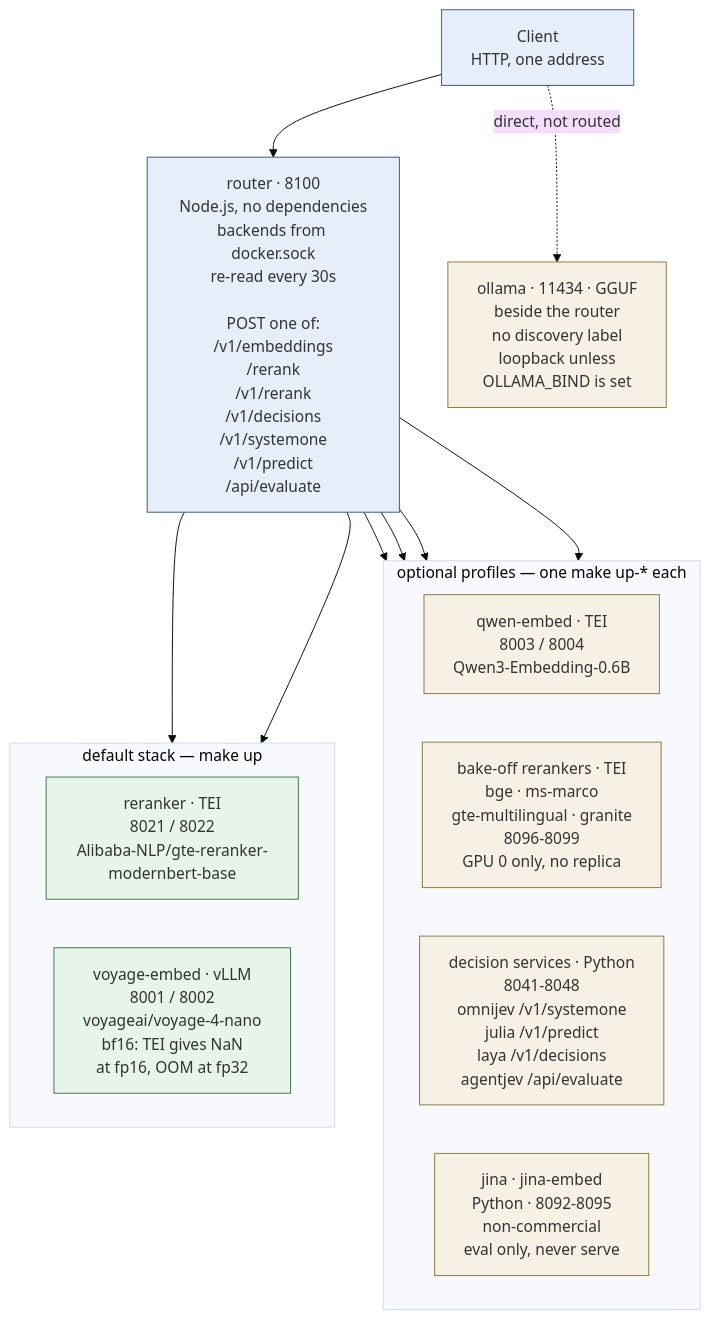
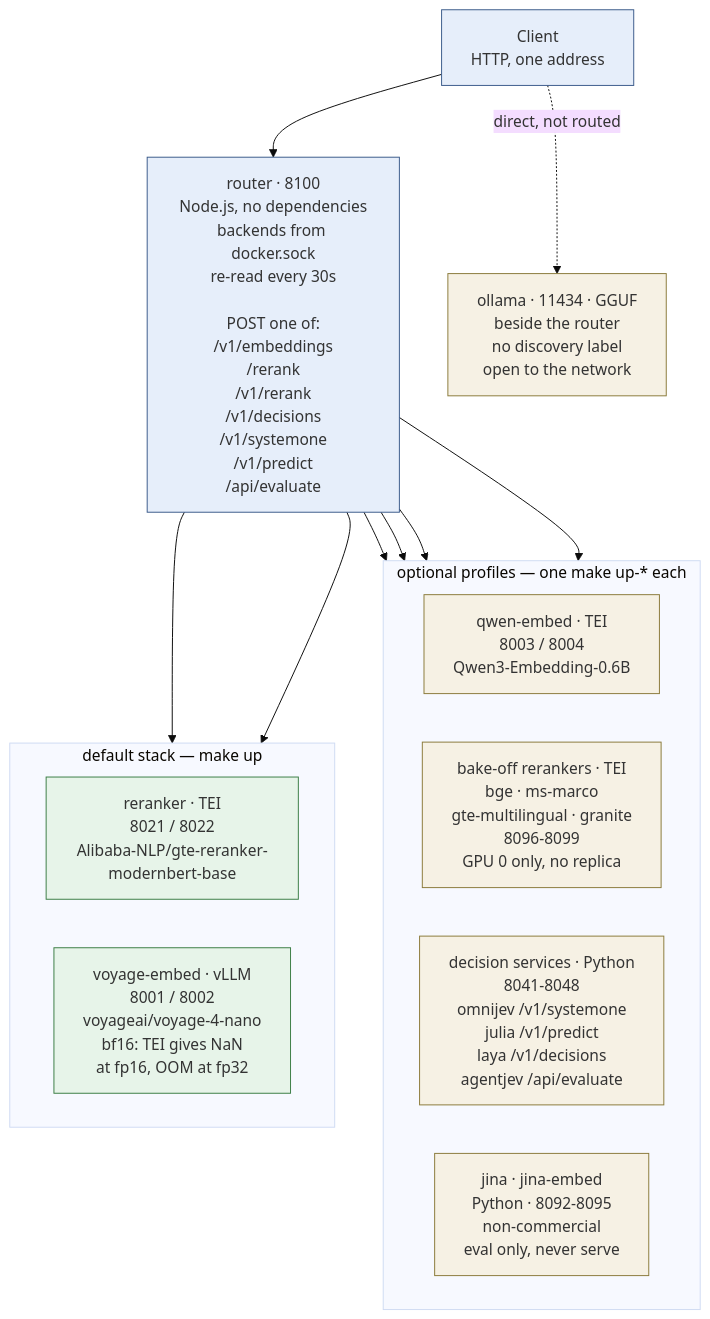
The diagram in README.md (mihado/inference), drawn with Mermaid (base theme) before and after one commit. The commit also changed other lines of this file and 3 other files, not shown here.

First line of the commit message:
ollama: default the bind on, matching the router

````diff
--- a/README.md
+++ b/README.md
@@ -9,38 +9,38 @@
 ```mermaid
 flowchart TB
   client["Client<br/>HTTP, one address"]
 
   router["router · 8100<br/>Node.js, no dependencies<br/>backends from docker.sock<br/>re-read every 30s<br/><br/>POST one of:<br/>/v1/embeddings<br/>/rerank<br/>/v1/rerank<br/>/v1/decisions<br/>/v1/systemone<br/>/v1/predict<br/>/api/evaluate"]
 
   subgraph optional_profiles["optional profiles — one make up-* each"]
     direction LR
     qwen["qwen-embed · TEI<br/>8003 / 8004<br/>Qwen3-Embedding-0.6B"]
     bakeoff["bake-off rerankers · TEI<br/>bge · ms-marco<br/>gte-multilingual · granite<br/>8096-8099<br/>GPU 0 only, no replica"]
     dec["decision services · Python<br/>8041-8048<br/>omnijev /v1/systemone<br/>julia /v1/predict<br/>laya /v1/decisions<br/>agentjev /api/evaluate"]
     jina["jina · jina-embed<br/>Python · 8092-8095<br/>non-commercial<br/>eval only, never serve"]
   end
 
   subgraph default_stack["default stack — make up"]
     direction LR
     reranker["reranker · TEI<br/>8021 / 8022<br/>Alibaba-NLP/gte-reranker-modernbert-base"]
     voyage["voyage-embed · vLLM<br/>8001 / 8002<br/>voyageai/voyage-4-nano<br/>bf16: TEI gives NaN<br/>at fp16, OOM at fp32"]
   end
 
-  ollama["ollama · 11434 · GGUF<br/>beside the router<br/>no discovery label<br/>loopback unless<br/>OLLAMA_BIND is set"]
+  ollama["ollama · 11434 · GGUF<br/>beside the router<br/>no discovery label<br/>open to the network"]
 
   router --> qwen
   router --> bakeoff
   router --> dec
   router --> jina
   router --> reranker
   router --> voyage
   client --> router
   client -.->|"direct, not routed"| ollama
 
   classDef entry fill:#e6eefa,stroke:#3a5a8a
   classDef core fill:#e7f4e9,stroke:#3a7d44
   classDef extra fill:#f6f1e4,stroke:#8a7a3a
   class client,router entry
   class reranker,voyage core
   class qwen,bakeoff,dec,jina,ollama extra
 ```
````
